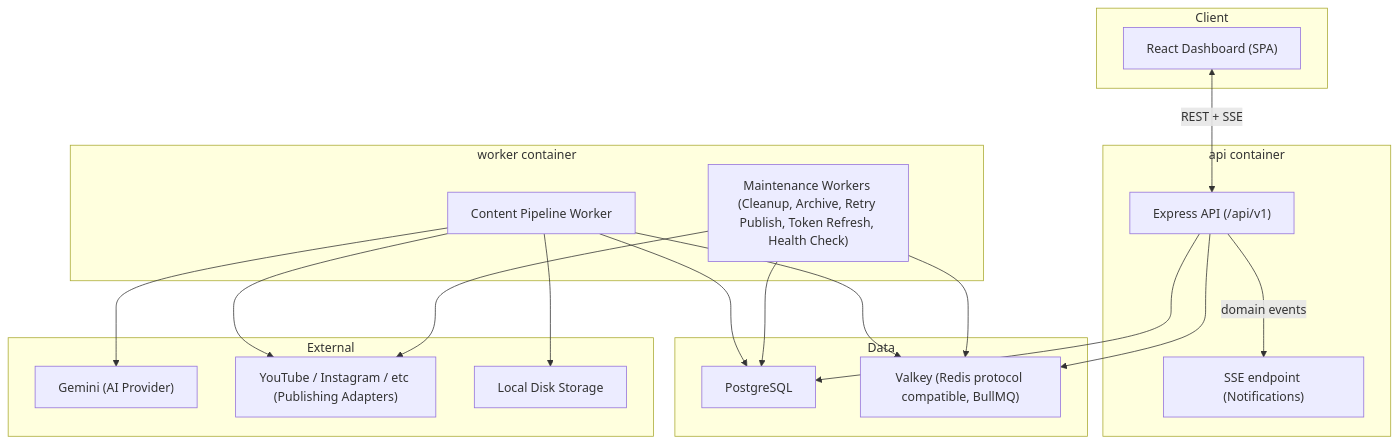
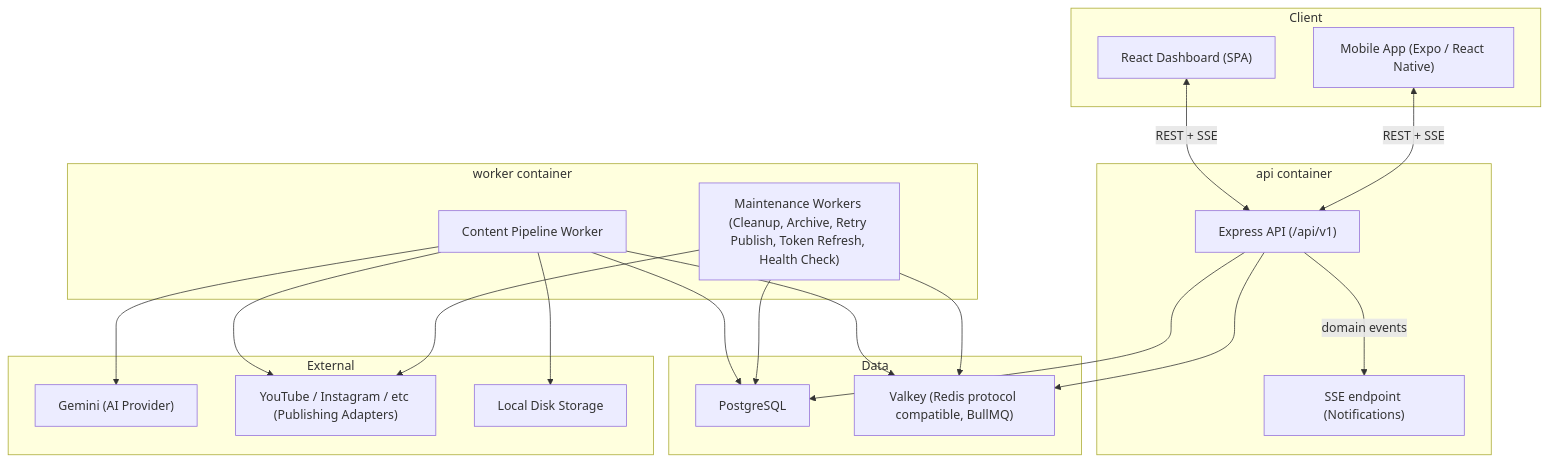
The first of 3 diagrams in docs/04-system-architecture.md (Affan-Codes/PublishIQ), drawn with Mermaid before and after one commit. The commit also changed other lines of this file and 167 other files, not shown here.

Commit message:
feat: initialize mobile app structure with Expo router, API client, and UI components

````diff
--- a/docs/04-system-architecture.md
+++ b/docs/04-system-architecture.md
@@ -13,40 +13,42 @@
 ```mermaid
 flowchart TB
     subgraph Client
         Dashboard["React Dashboard (SPA)"]
+        MobileApp["Mobile App (Expo / React Native)"]
     end
 
     subgraph API_Container["api container"]
         API["Express API (/api/v1)"]
         SSE["SSE endpoint (Notifications)"]
     end
 
     subgraph Worker_Container["worker container"]
         WPipeline["Content Pipeline Worker"]
         WMaint["Maintenance Workers (Cleanup, Archive, Retry Publish, Token Refresh, Health Check)"]
     end
 
     subgraph Data
         PG["PostgreSQL"]
         VALKEY["Valkey (Redis protocol compatible, BullMQ)"]
     end
 
     subgraph External
         GEMINI["Gemini (AI Provider)"]
         PLATFORMS["YouTube / Instagram / etc (Publishing Adapters)"]
         DISK["Local Disk Storage"]
     end
 
     Dashboard <-->|REST + SSE| API
+    MobileApp <-->|REST + SSE| API
     API --> PG
     API --> VALKEY
     WPipeline --> VALKEY
     WPipeline --> PG
     WPipeline --> GEMINI
     WPipeline --> PLATFORMS
     WPipeline --> DISK
     WMaint --> VALKEY
     WMaint --> PG
     WMaint --> PLATFORMS
     API -->|domain events| SSE
 ```
````
